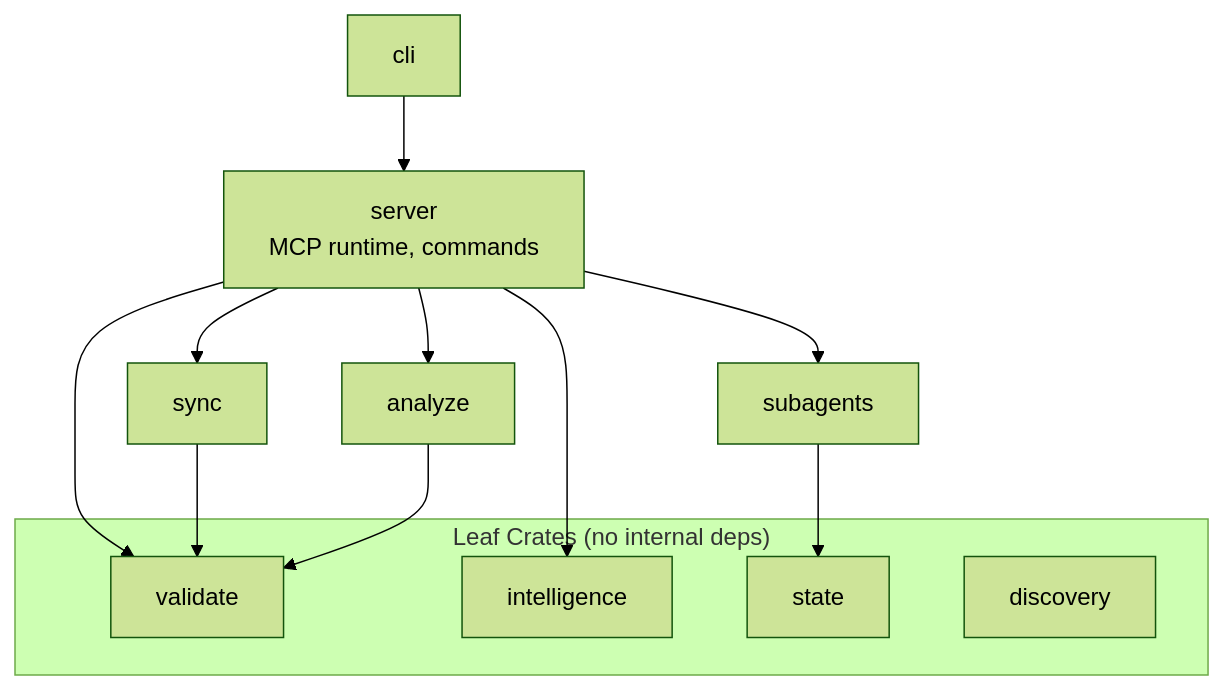
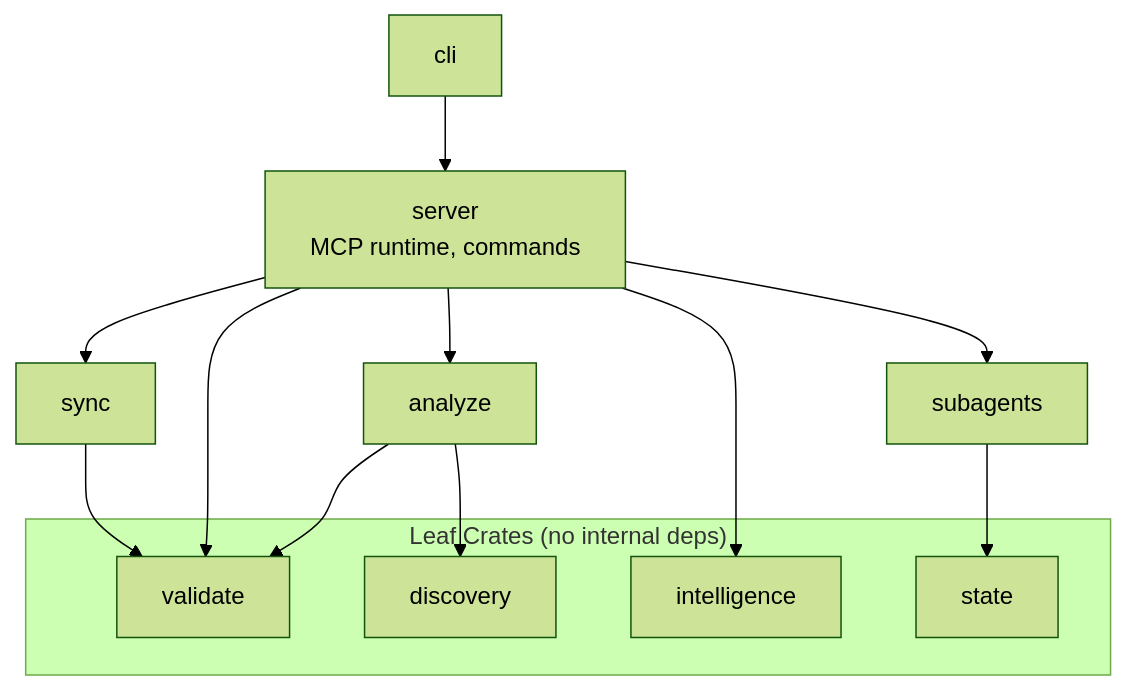
Before and after one commit to athola/skrills: the second of 2 diagrams in docs/architecture.md, drawn with Mermaid (forest theme). The commit also changed other lines of this file and 27 other files, not shown here.

First line of the commit message:
refactor: extract settings and tool schemas from subagents service

````diff
--- a/docs/architecture.md
+++ b/docs/architecture.md
@@ -22,19 +22,20 @@
 ```mermaid
 graph TD
     cli[cli] --> server[server<br/>MCP runtime, commands]
     server --> sync[sync]
     server --> validate[validate]
     server --> analyze[analyze]
     server --> intelligence[intelligence]
     server --> subagents[subagents]
     sync --> validate
     analyze --> validate
+    analyze --> discovery
     subagents --> state[state]
 
     subgraph leaf["Leaf Crates (no internal deps)"]
         discovery[discovery]
         intelligence
         state
         validate
     end
 ```
````
